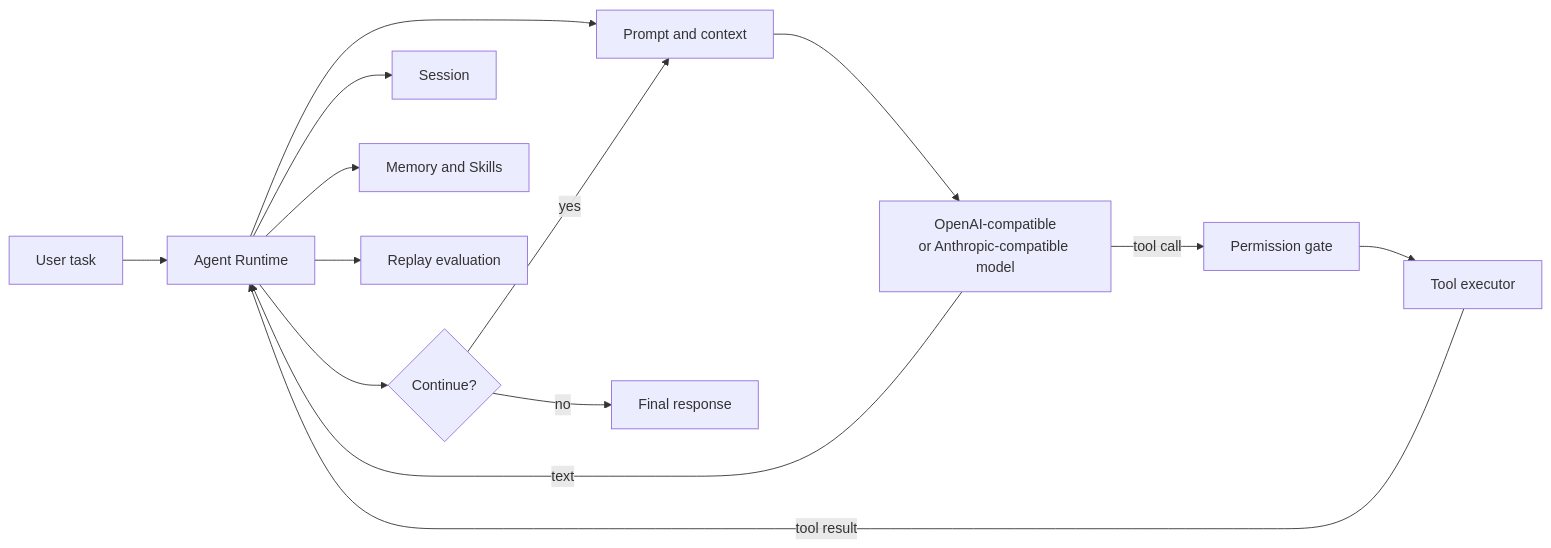
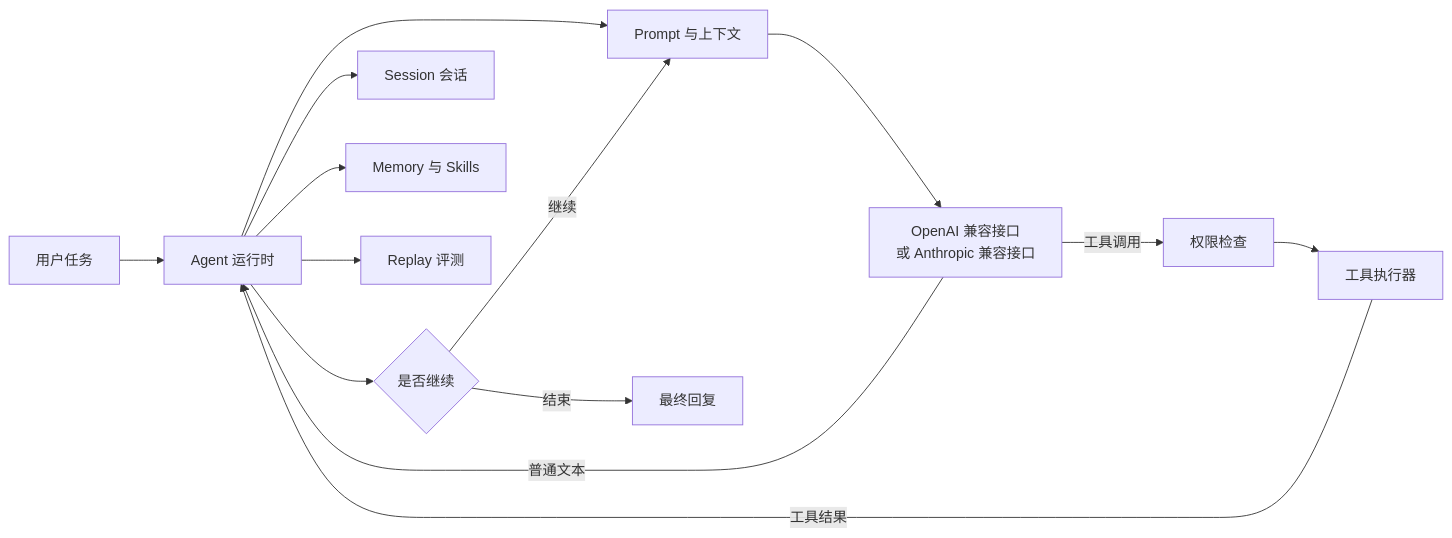
One commit to NBSW002/long-horizon-agent-harness changed the diagram in README.md. Above: the diagram before and after it, drawn with Mermaid. The commit also changed other lines of this file, not shown here.

````diff
--- a/README.md
+++ b/README.md
@@ -37,16 +47,16 @@
 ```mermaid
 flowchart LR
-    U[User task] --> R[Agent Runtime]
-    R --> P[Prompt and context]
-    P --> M[OpenAI-compatible\nor Anthropic-compatible model]
-    M -->|text| R
-    M -->|tool call| G[Permission gate]
-    G --> T[Tool executor]
-    T -->|tool result| R
-    R --> C{Continue?}
-    C -->|yes| P
-    C -->|no| O[Final response]
-    R --> S[Session]
-    R --> MM[Memory and Skills]
-    R --> E[Replay evaluation]
+    U[用户任务] --> R[Agent 运行时]
+    R --> P[Prompt 与上下文]
+    P --> M[OpenAI 兼容接口\n或 Anthropic 兼容接口]
+    M -->|普通文本| R
+    M -->|工具调用| G[权限检查]
+    G --> T[工具执行器]
+    T -->|工具结果| R
+    R --> C{是否继续}
+    C -->|继续| P
+    C -->|结束| O[最终回复]
+    R --> S[Session 会话]
+    R --> MM[Memory 与 Skills]
+    R --> E[Replay 评测]
 ```
````
